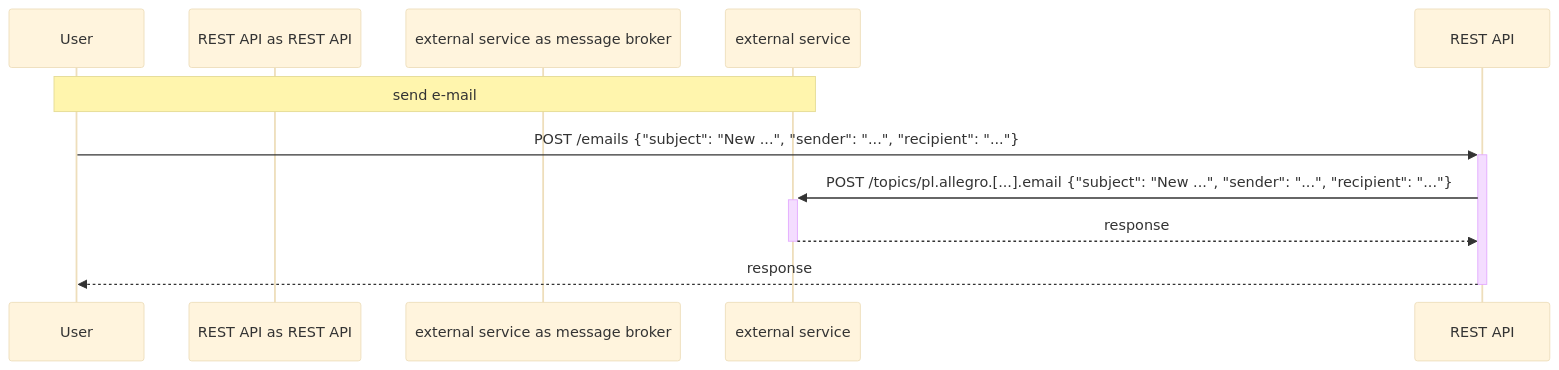
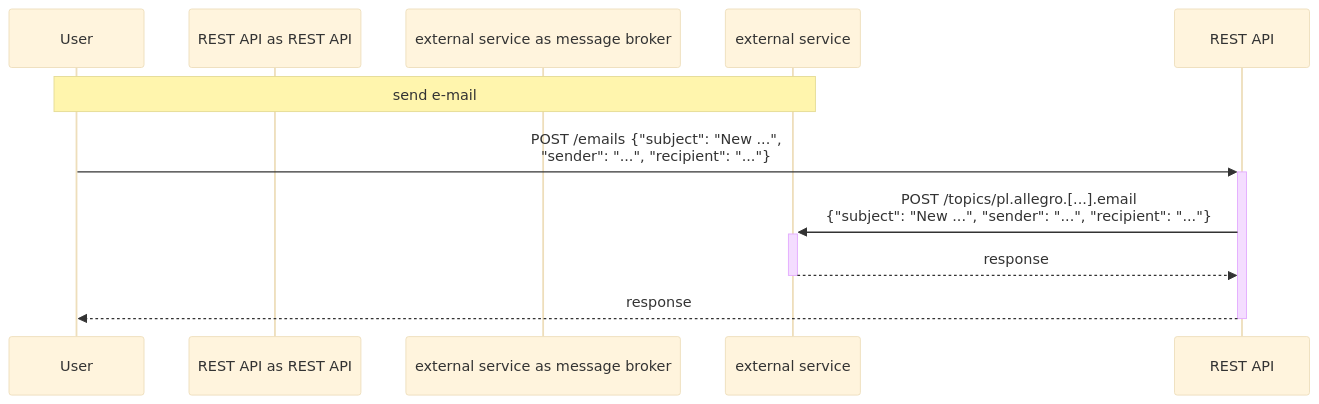
The diagram in part2.3-message-broker/.readme/sequence.md (allegro/parallel-test-execution-workshop), drawn with Mermaid (base theme) before and after one commit. The commit also changed 3 other files, not shown here.

Commit message:
Compact sequence charts

````diff
--- a/part2.3-message-broker/.readme/sequence.md
+++ b/part2.3-message-broker/.readme/sequence.md
@@ -1,11 +1,11 @@
 ```mermaid
 sequenceDiagram
     participant User as User
     participant REST API as REST API
     participant external service as message broker
     Note over User, external service: send e-mail
-    User ->>+ REST API: POST /emails {"subject": "New ...", "sender": "...", "recipient": "..."}
-    REST API ->>+ external service: POST /topics/pl.allegro.[...].email {"subject": "New ...", "sender": "...", "recipient": "..."}
+    User ->>+ REST API: POST /emails {"subject": "New ...", <br/>"sender": "...", "recipient": "..."}
+    REST API ->>+ external service: POST /topics/pl.allegro.[...].email <br/>{"subject": "New ...", "sender": "...", "recipient": "..."}
     external service -->>- REST API: response
     REST API -->>- User: response
 ```
````
